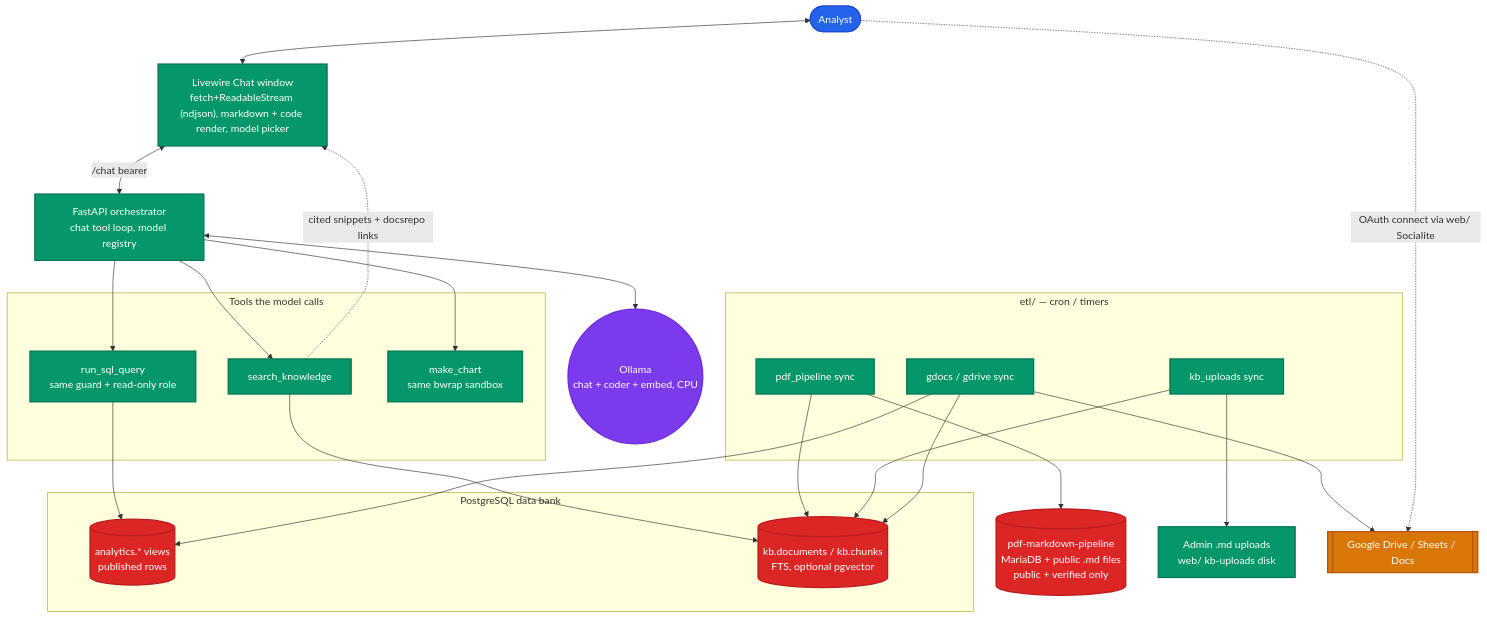
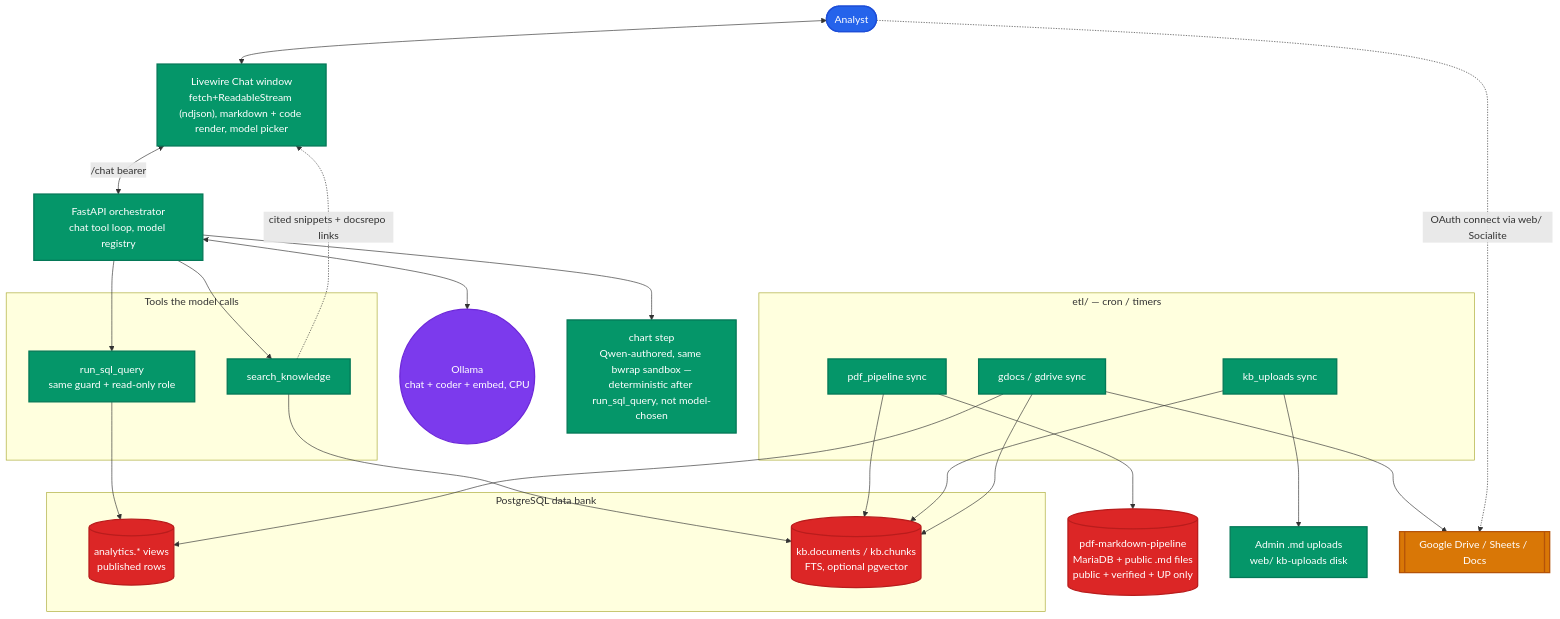
Before and after one commit to SubhanRaj/excise-mcp-dashboard: the fifth of 7 diagrams in ARCHITECTURE.md, drawn with Mermaid. The commit also changed other lines of this file and 12 other files, not shown here.

````diff
--- a/ARCHITECTURE.md
+++ b/ARCHITECTURE.md
@@ -441,54 +466,54 @@
 ```mermaid
 flowchart TD
     classDef client fill:#2563eb,stroke:#1d4ed8,stroke-width:2px,color:#fff
     classDef app fill:#059669,stroke:#047857,stroke-width:2px,color:#fff
     classDef ai fill:#7c3aed,stroke:#6d28d9,stroke-width:2px,color:#fff
     classDef db fill:#dc2626,stroke:#b91c1c,stroke-width:2px,color:#fff
     classDef ext fill:#d97706,stroke:#b45309,stroke-width:2px,color:#fff
 
     User(["Analyst"]):::client
     Chat["Livewire Chat window<br/>fetch+ReadableStream (ndjson), markdown + code render, model picker"]:::app
     Orch["FastAPI orchestrator<br/>chat tool loop, model registry"]:::app
     Ollama(("Ollama<br/>chat + coder + embed, CPU")):::ai
 
     subgraph Tools["Tools the model calls"]
         T1["search_knowledge"]:::app
         T2["run_sql_query<br/>same guard + read-only role"]:::app
-        T3["make_chart<br/>same bwrap sandbox"]:::app
     end
+    T3["chart step<br/>Qwen-authored, same bwrap sandbox —<br/>deterministic after run_sql_query, not model-chosen"]:::app
 
     subgraph Bank["PostgreSQL data bank"]
         AN[("analytics.* views<br/>published rows")]:::db
         KB[("kb.documents / kb.chunks<br/>FTS, optional pgvector")]:::db
     end
 
     subgraph Ingest["etl/ — cron / timers"]
         E1["pdf_pipeline sync"]:::app
         E2["kb_uploads sync"]:::app
         E3["gdocs / gdrive sync"]:::app
     end
 
-    PDFP[("pdf-markdown-pipeline<br/>MariaDB + public .md files<br/>public + verified only")]:::db
+    PDFP[("pdf-markdown-pipeline<br/>MariaDB + public .md files<br/>public + verified + UP only")]:::db
     UP["Admin .md uploads<br/>web/ kb-uploads disk"]:::app
     G[["Google Drive / Sheets / Docs"]]:::ext
 
     User <--> Chat
     Chat <-->|"/chat bearer"| Orch
     Orch <--> Ollama
     Orch --> T1
     T1 --> KB
     Orch --> T2
     T2 --> AN
     Orch --> T3
     T1 -.->|"cited snippets + docsrepo links"| Chat
 
     E1 --> PDFP
     E1 --> KB
     E2 --> UP
     E2 --> KB
     E3 --> G
     E3 --> KB
     E3 --> AN
 
     User -.->|"OAuth connect via web/ Socialite"| G
 ```
````
